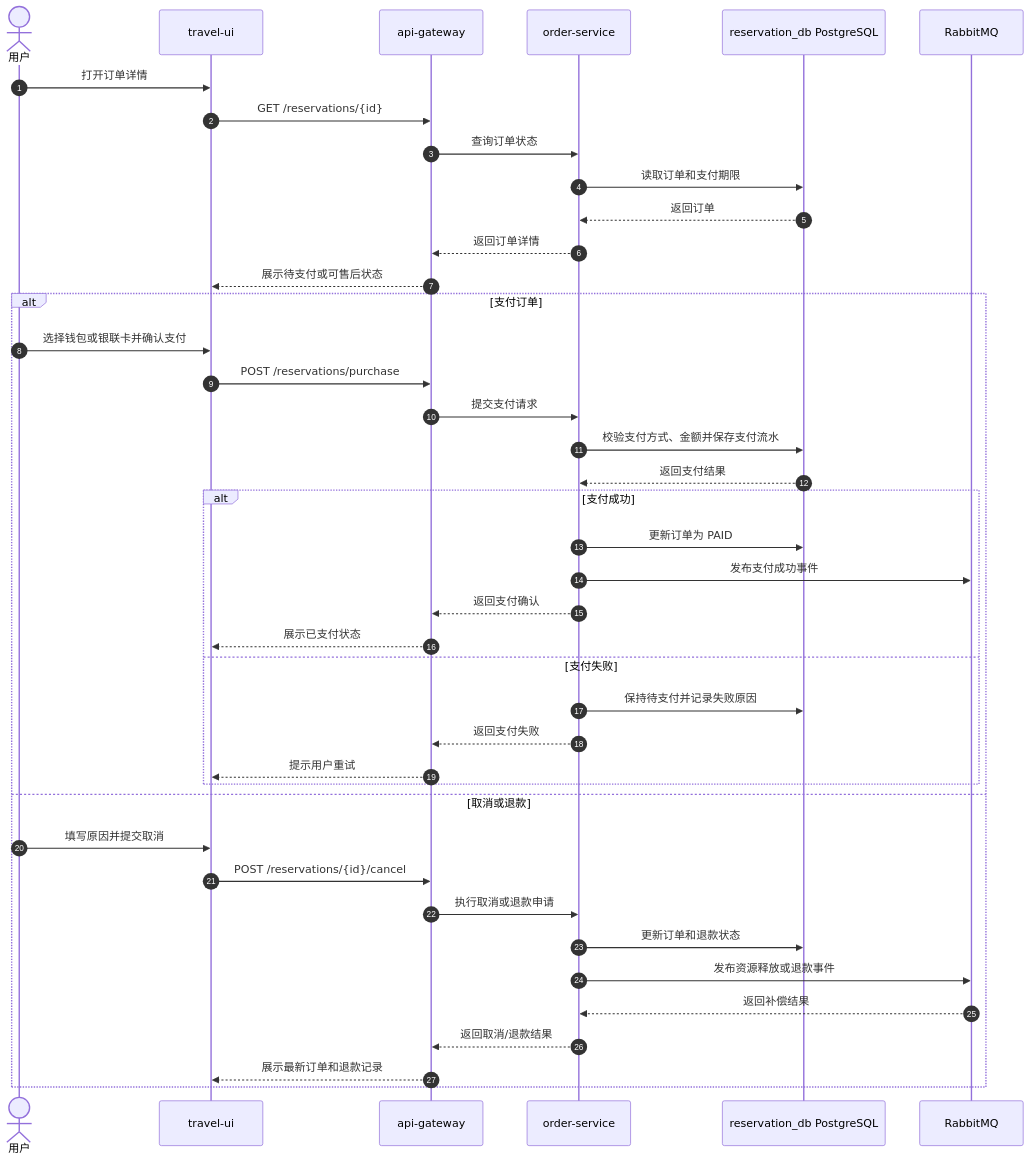
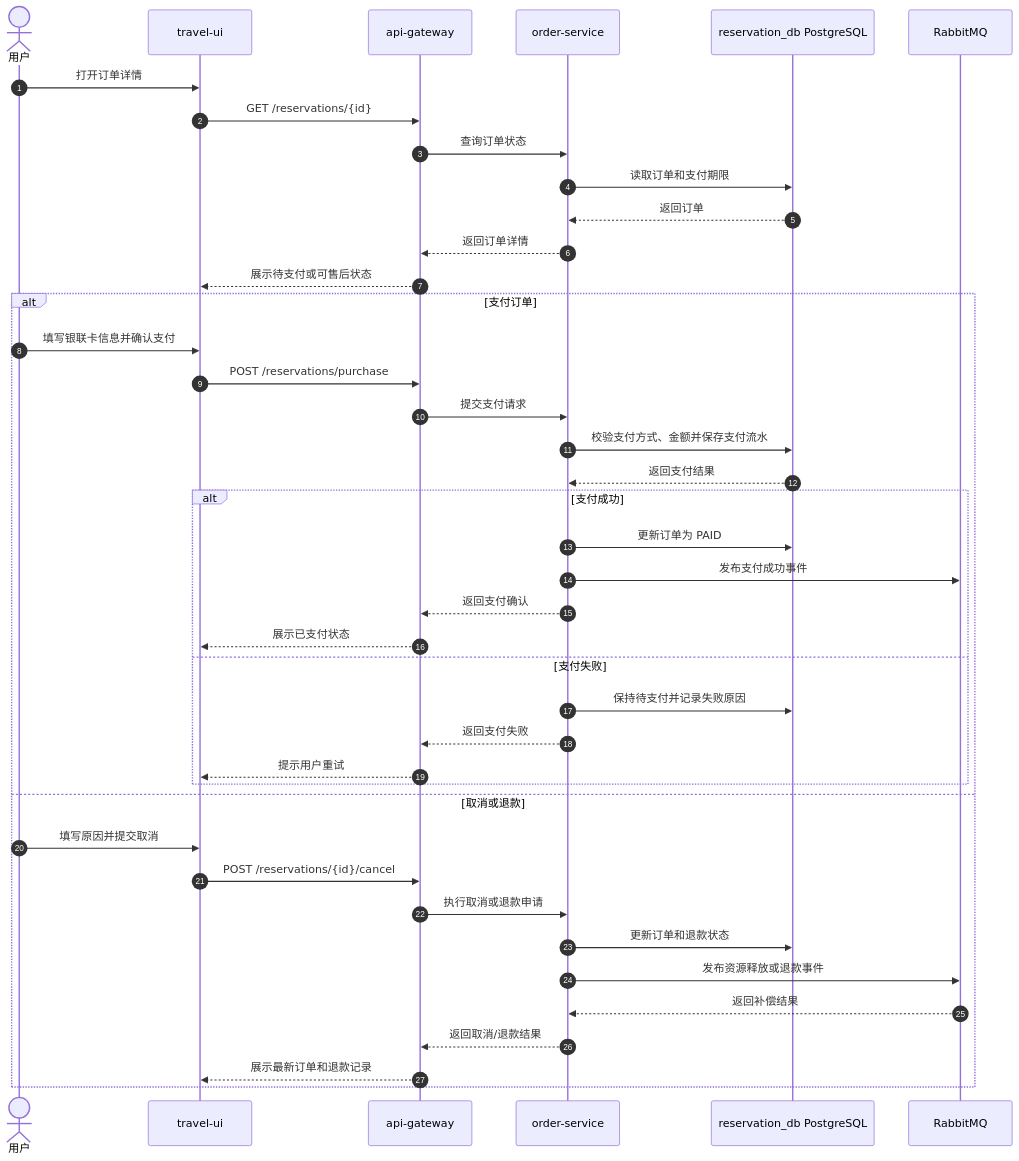
The sixth of 9 diagrams in docs/概要设计.md (QzlabQ/TravelOn), drawn with Mermaid before and after one commit. The commit also changed other lines of this file and 22 other files, not shown here.

````diff
--- a/docs/概要设计.md
+++ b/docs/概要设计.md
@@ -511,45 +511,45 @@
 ```mermaid
 sequenceDiagram
     autonumber
     actor User as 用户
     participant UI as travel-ui
     participant GW as api-gateway
     participant RS as order-service
     participant RDB as reservation_db PostgreSQL
     participant MQ as RabbitMQ
 
     User->>UI: 打开订单详情
     UI->>GW: GET /reservations/{id}
     GW->>RS: 查询订单状态
     RS->>RDB: 读取订单和支付期限
     RDB-->>RS: 返回订单
     RS-->>GW: 返回订单详情
     GW-->>UI: 展示待支付或可售后状态
 
     alt 支付订单
-        User->>UI: 选择钱包或银联卡并确认支付
+        User->>UI: 填写银联卡信息并确认支付
         UI->>GW: POST /reservations/purchase
         GW->>RS: 提交支付请求
         RS->>RDB: 校验支付方式、金额并保存支付流水
         RDB-->>RS: 返回支付结果
         alt 支付成功
             RS->>RDB: 更新订单为 PAID
             RS->>MQ: 发布支付成功事件
             RS-->>GW: 返回支付确认
             GW-->>UI: 展示已支付状态
         else 支付失败
             RS->>RDB: 保持待支付并记录失败原因
             RS-->>GW: 返回支付失败
             GW-->>UI: 提示用户重试
         end
     else 取消或退款
         User->>UI: 填写原因并提交取消
         UI->>GW: POST /reservations/{id}/cancel
         GW->>RS: 执行取消或退款申请
         RS->>RDB: 更新订单和退款状态
         RS->>MQ: 发布资源释放或退款事件
         MQ-->>RS: 返回补偿结果
         RS-->>GW: 返回取消/退款结果
         GW-->>UI: 展示最新订单和退款记录
     end
 ```
````
